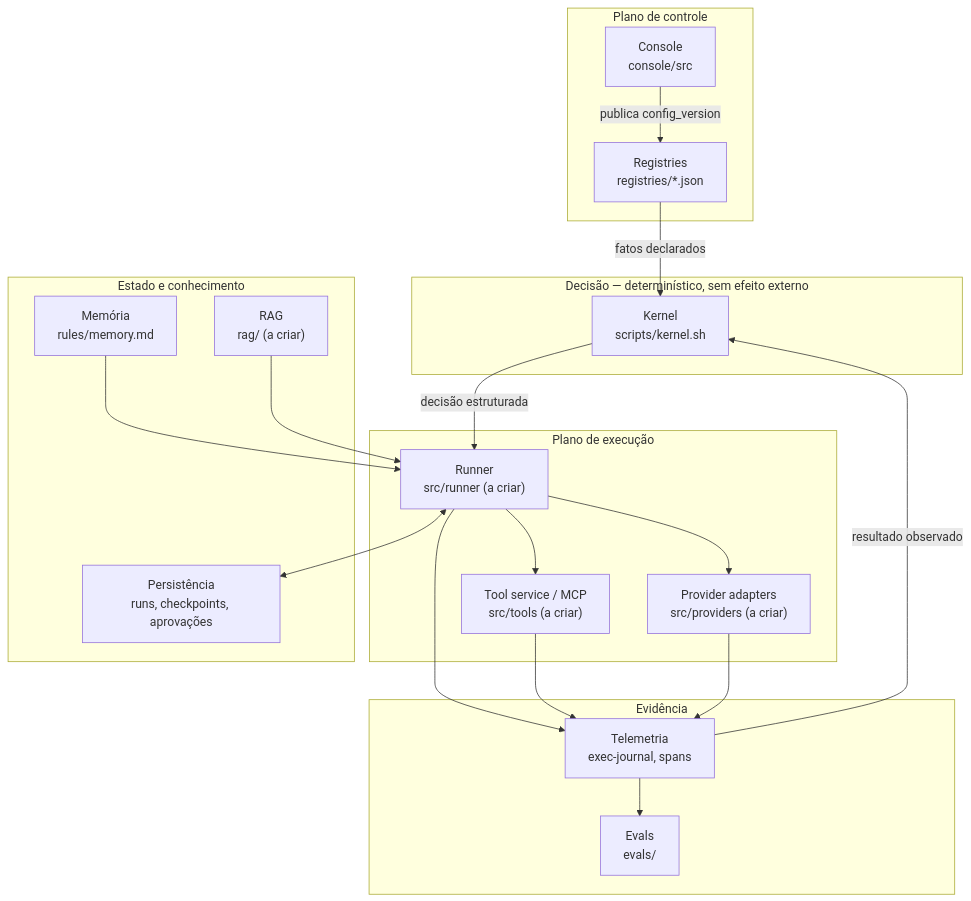
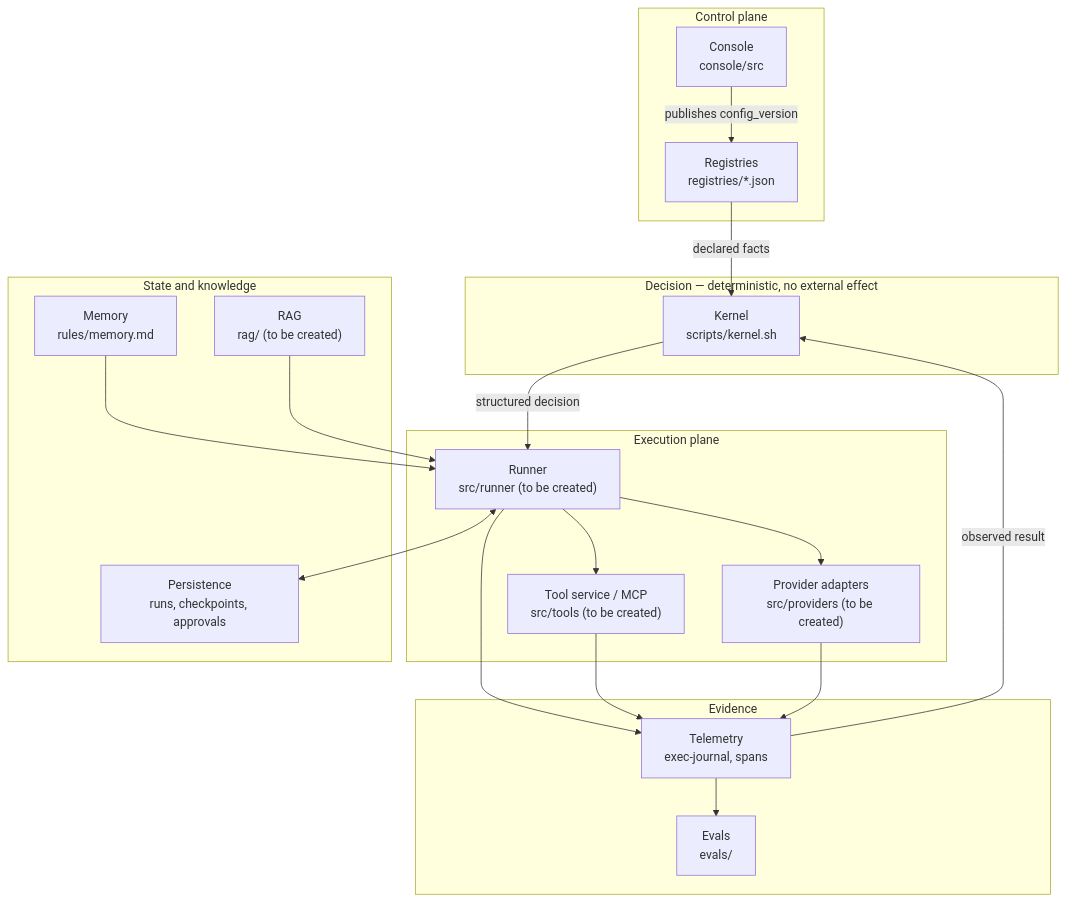
Before and after one commit to ricardofagmerspesia/engineos: the first of 2 diagrams in docs/plan/2.0/05-arquitetura-contratos.md, drawn with Mermaid. The commit also changed other lines of this file and 2 other files, not shown here.

First line of the commit message:
docs(plan): translate 2.0 evidence templates, risk register and architecture contracts to English

````diff
--- a/docs/plan/2.0/05-arquitetura-contratos.md
+++ b/docs/plan/2.0/05-arquitetura-contratos.md
@@ -8,38 +9,38 @@
 ```mermaid
 graph TB
-  subgraph CP["Plano de controle"]
+  subgraph CP["Control plane"]
     CON["Console<br/>console/src"]
     REG["Registries<br/>registries/*.json"]
   end
-  subgraph DEC["Decisão — determinístico, sem efeito externo"]
+  subgraph DEC["Decision — deterministic, no external effect"]
     KER["Kernel<br/>scripts/kernel.sh"]
   end
-  subgraph EXE["Plano de execução"]
-    RUN["Runner<br/>src/runner (a criar)"]
-    PRV["Provider adapters<br/>src/providers (a criar)"]
-    TLS["Tool service / MCP<br/>src/tools (a criar)"]
+  subgraph EXE["Execution plane"]
+    RUN["Runner<br/>src/runner (to be created)"]
+    PRV["Provider adapters<br/>src/providers (to be created)"]
+    TLS["Tool service / MCP<br/>src/tools (to be created)"]
   end
-  subgraph EST["Estado e conhecimento"]
-    PER["Persistência<br/>runs, checkpoints, aprovações"]
-    MEM["Memória<br/>rules/memory.md"]
-    RAG["RAG<br/>rag/ (a criar)"]
+  subgraph EST["State and knowledge"]
+    PER["Persistence<br/>runs, checkpoints, approvals"]
+    MEM["Memory<br/>rules/memory.md"]
+    RAG["RAG<br/>rag/ (to be created)"]
   end
-  subgraph OBS["Evidência"]
-    TEL["Telemetria<br/>exec-journal, spans"]
+  subgraph OBS["Evidence"]
+    TEL["Telemetry<br/>exec-journal, spans"]
     EVA["Evals<br/>evals/"]
   end
 
-  CON -->|publica config_version| REG
-  REG -->|fatos declarados| KER
-  KER -->|decisão estruturada| RUN
+  CON -->|publishes config_version| REG
+  REG -->|declared facts| KER
+  KER -->|structured decision| RUN
   RUN --> PRV
   RUN --> TLS
   RUN <--> PER
   RUN --> TEL
   TLS --> TEL
   PRV --> TEL
   MEM --> RUN
   RAG --> RUN
   TEL --> EVA
-  TEL -->|resultado observado| KER
+  TEL -->|observed result| KER
 ```
````
